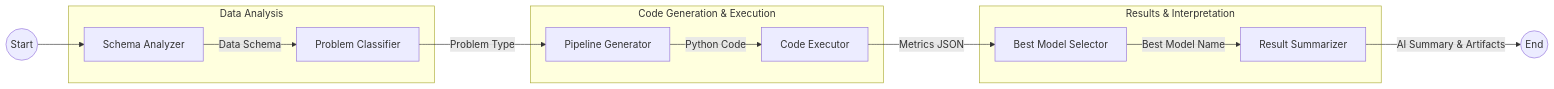
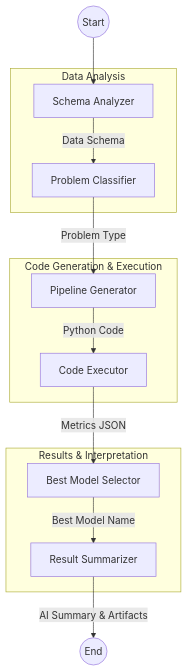
Before and after one commit to HarshVelani/Agentic-AI-Based-AutoML-Application: the second of 2 diagrams in Readme.md, drawn with Mermaid.

Commit message:
updated Readme file graph orientation

````diff
--- a/Readme.md
+++ b/Readme.md
@@ -77,25 +77,25 @@
 ```mermaid
-graph LR
+graph TD
     Start((Start)) --> A[Schema Analyzer];
     A -->|Data Schema| B[Problem Classifier];
     B -->|Problem Type| C[Pipeline Generator];
     C -->|Python Code| D[Code Executor];
     D -->|Metrics JSON| E[Best Model Selector];
     E -->|Best Model Name| F[Result Summarizer];
     F -->|AI Summary & Artifacts| Stop((End));
 
     subgraph "Data Analysis"
         A
         B
     end
 
     subgraph "Code Generation & Execution"
         C
         D
     end
 
     subgraph "Results & Interpretation"
         E
         F
     end
 ```
````
